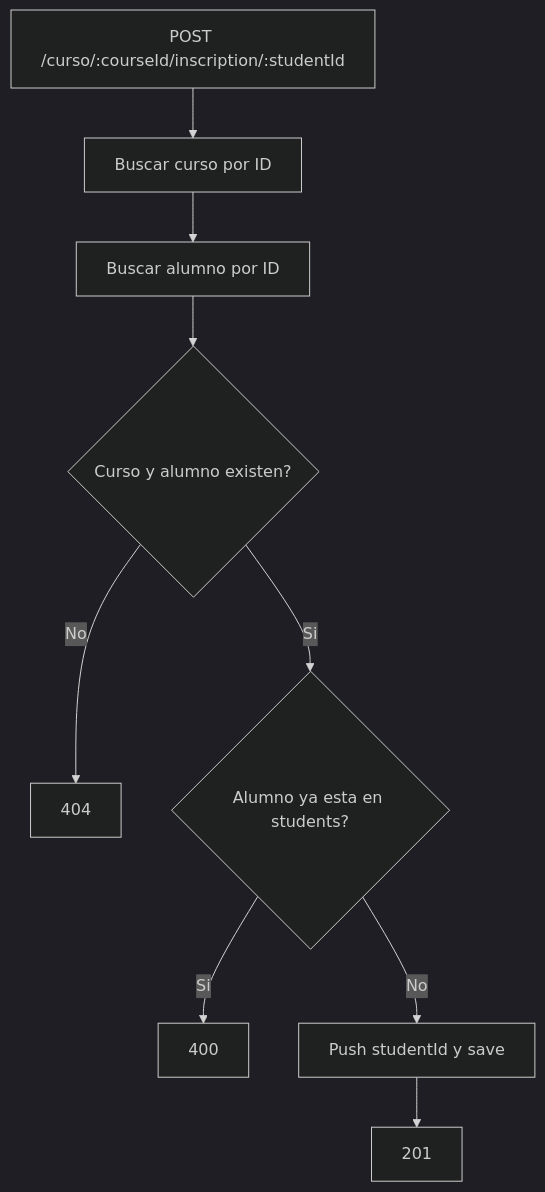
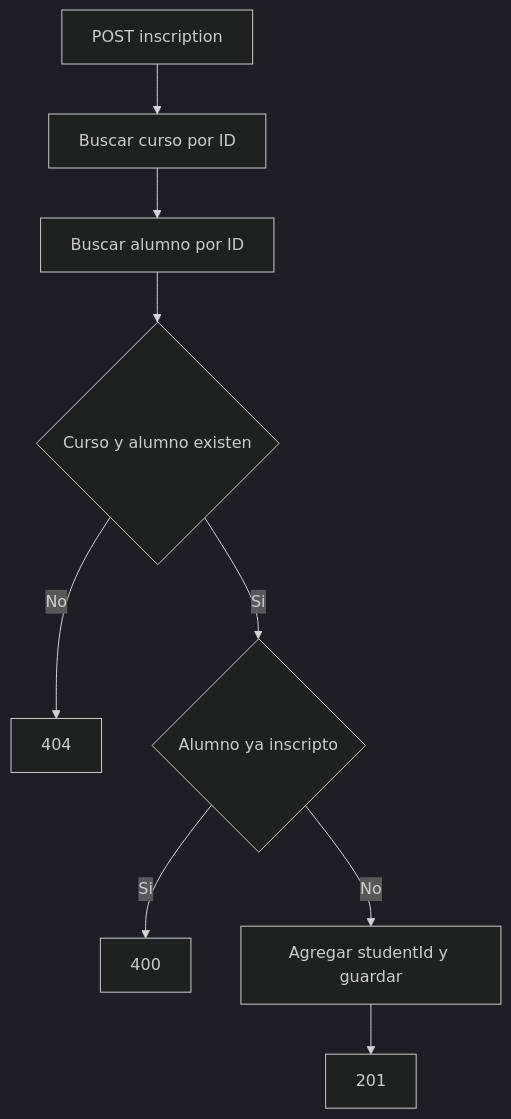
Before and after one commit to Drako01/be_76800: the fourth of 5 diagrams in README.md, drawn with Mermaid (dark theme). The commit also changed other lines of this file, not shown here.

````diff
--- a/README.md
+++ b/README.md
@@ -241,11 +241,11 @@
 ```mermaid
 flowchart TD
-    A[POST /curso/:courseId/inscription/:studentId] --> B[Buscar curso por ID]
-    B --> C[Buscar alumno por ID]
-    C --> D{Curso y alumno existen?}
-    D -- No --> E[404]
-    D -- Si --> F{Alumno ya esta en students?}
-    F -- Si --> G[400]
-    F -- No --> H[Push studentId y save]
-    H --> I[201]
+    A["POST inscription"] --> B["Buscar curso por ID"]
+    B --> C["Buscar alumno por ID"]
+    C --> D{"Curso y alumno existen"}
+    D -->|No| E["404"]
+    D -->|Si| F{"Alumno ya inscripto"}
+    F -->|Si| G["400"]
+    F -->|No| H["Agregar studentId y guardar"]
+    H --> I["201"]
 ```
````
